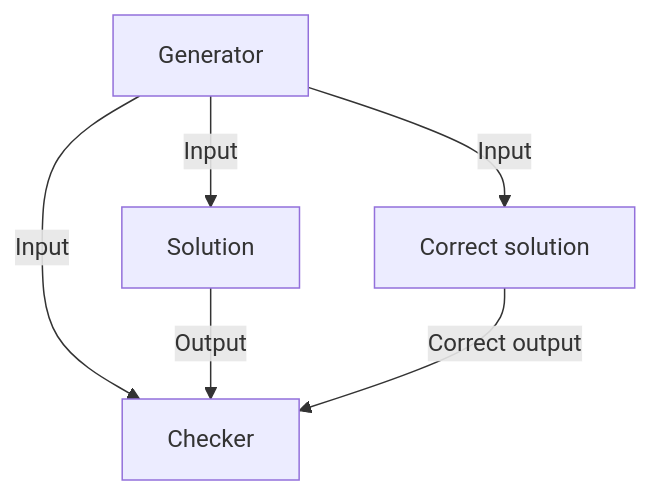
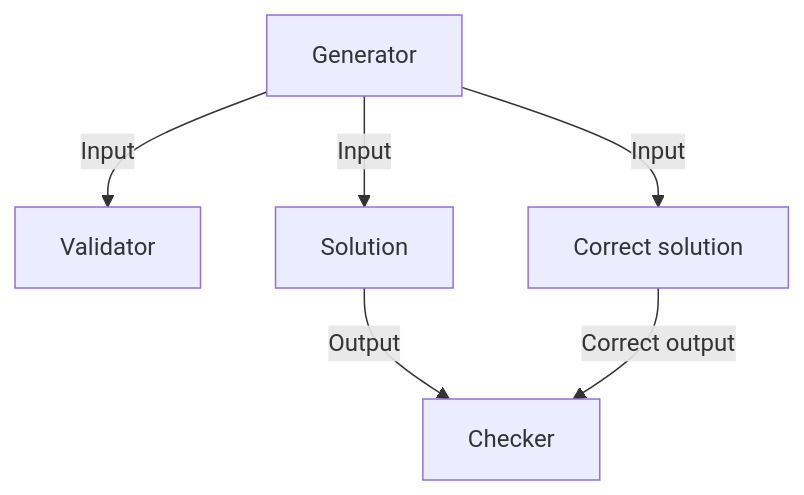
Before and after one commit to piskoviste/pisek: the first of 2 diagrams in docs/task_overview.md, drawn with Mermaid.

Commit message:
docs(task-overview): Fix batch task mermaid

````diff
--- a/docs/task_overview.md
+++ b/docs/task_overview.md
@@ -57,8 +57,8 @@
 ```mermaid
 graph TD;
-    G[Generator] -->|Input| C[Validator];
+    G[Generator] -->|Input| V[Validator];
     G -->|Input| S[Solution];
     G -->|Input| CS[Correct solution];
     S -->|Output| C[Checker];
     CS -->|Correct output| C;
 ```
````
